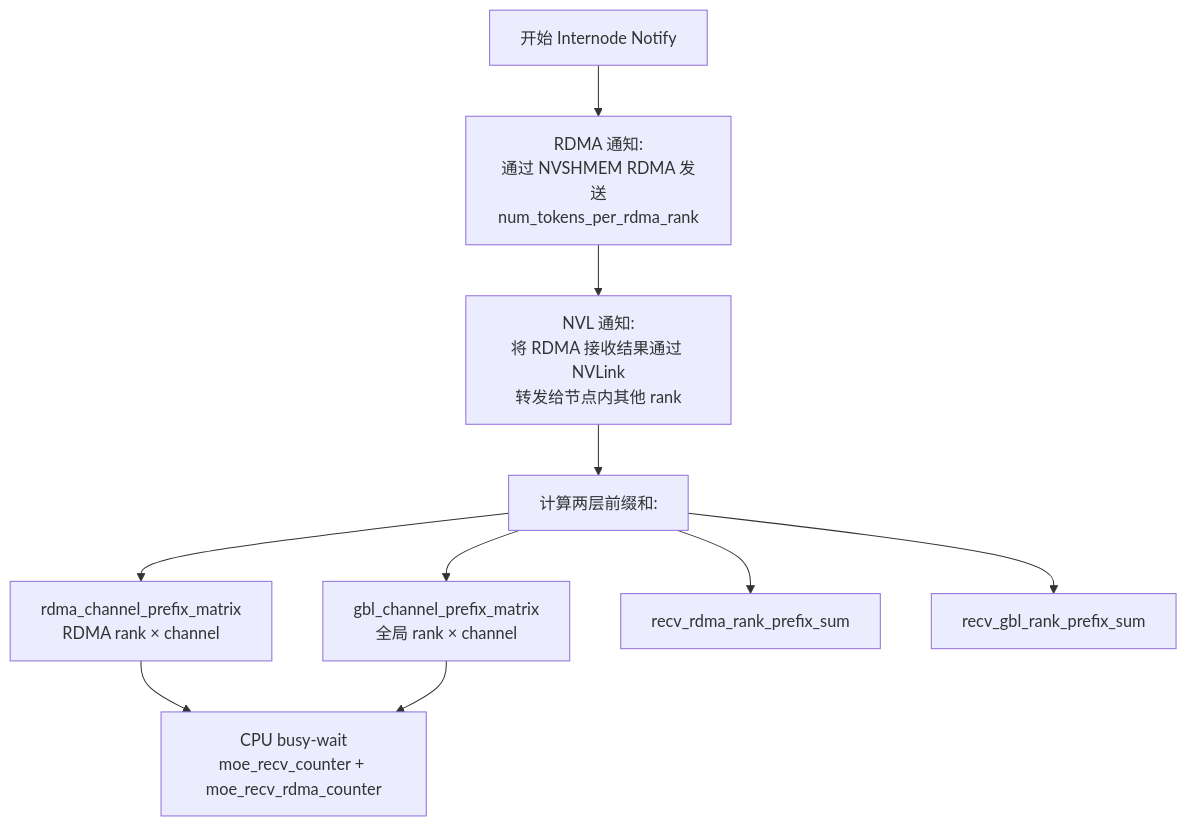
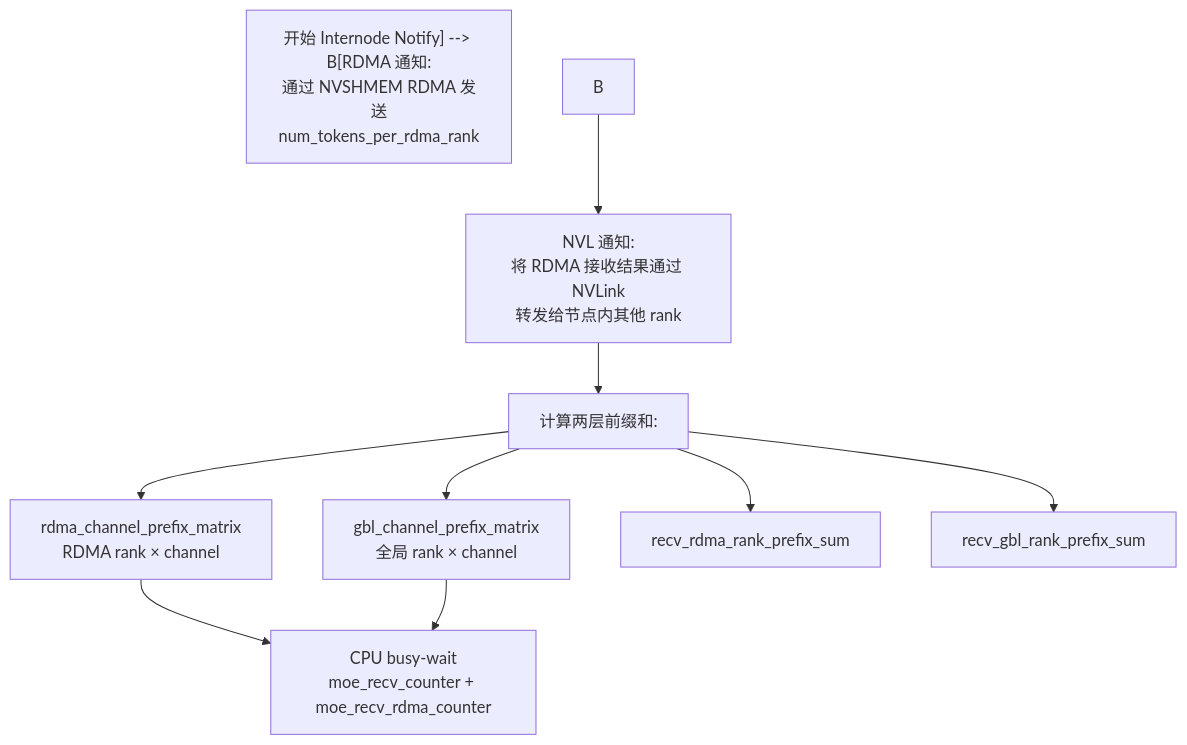
The sixth of 19 diagrams in glm5.1_ep.md (s0okiym/share), drawn with Mermaid before and after one commit. The commit also changed other lines of this file, not shown here.

````diff
--- a/glm5.1_ep.md
+++ b/glm5.1_ep.md
@@ -216,12 +216,12 @@
 ```mermaid
 flowchart TD
-    A[开始 Internode Notify] --> B[RDMA 通知:<br/>通过 NVSHMEM RDMA 发送<br/>num_tokens_per_rdma_rank]
-    B --> C[NVL 通知:<br/>将 RDMA 接收结果通过 NVLink<br/>转发给节点内其他 rank]
+    A["开始 Internode Notify] --> B[RDMA 通知:<br/>通过 NVSHMEM RDMA 发送<br/>num_tokens_per_rdma_rank"]
+    B --> C["NVL 通知:<br/>将 RDMA 接收结果通过 NVLink<br/>转发给节点内其他 rank"]
     C --> D[计算两层前缀和:]
-    D --> E[rdma_channel_prefix_matrix<br/>RDMA rank × channel]
-    D --> F[gbl_channel_prefix_matrix<br/>全局 rank × channel]
+    D --> E["rdma_channel_prefix_matrix<br/>RDMA rank × channel"]
+    D --> F["gbl_channel_prefix_matrix<br/>全局 rank × channel"]
     D --> G[recv_rdma_rank_prefix_sum]
     D --> H[recv_gbl_rank_prefix_sum]
-    E --> I[CPU busy-wait<br/>moe_recv_counter + moe_recv_rdma_counter]
+    E --> I["CPU busy-wait<br/>moe_recv_counter + moe_recv_rdma_counter"]
     F --> I
 ```
````
